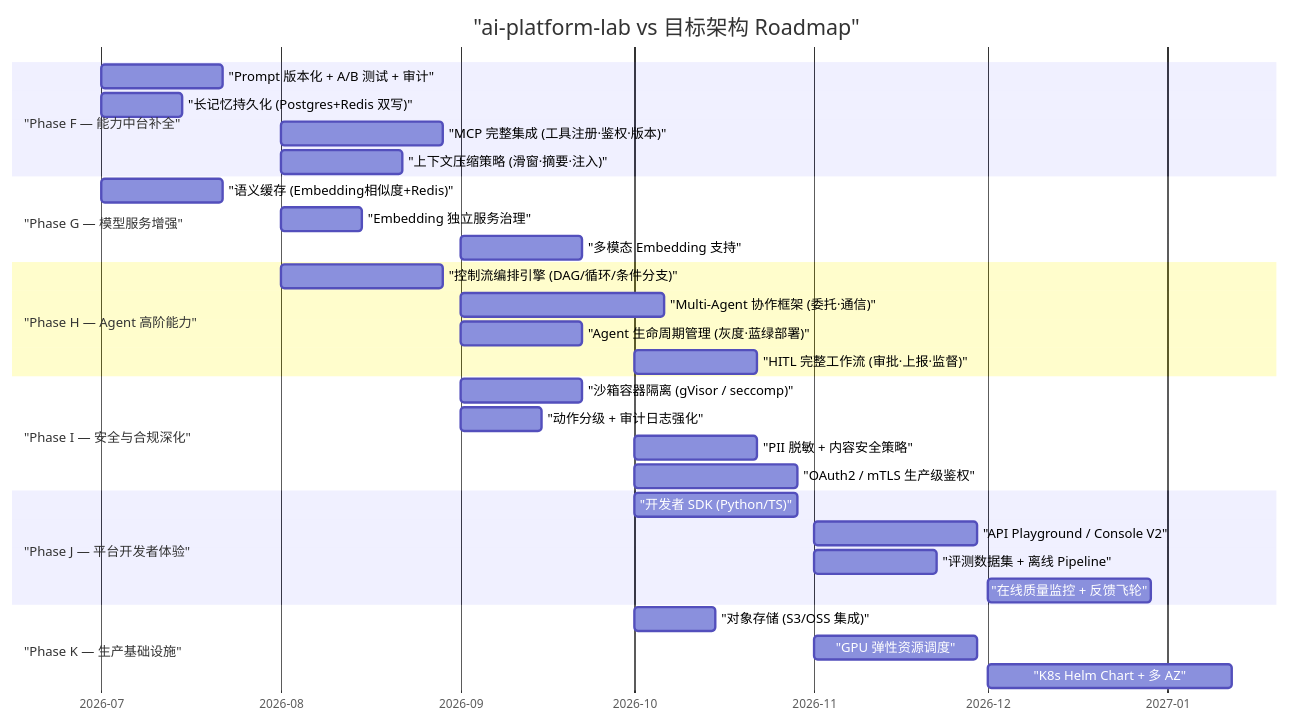
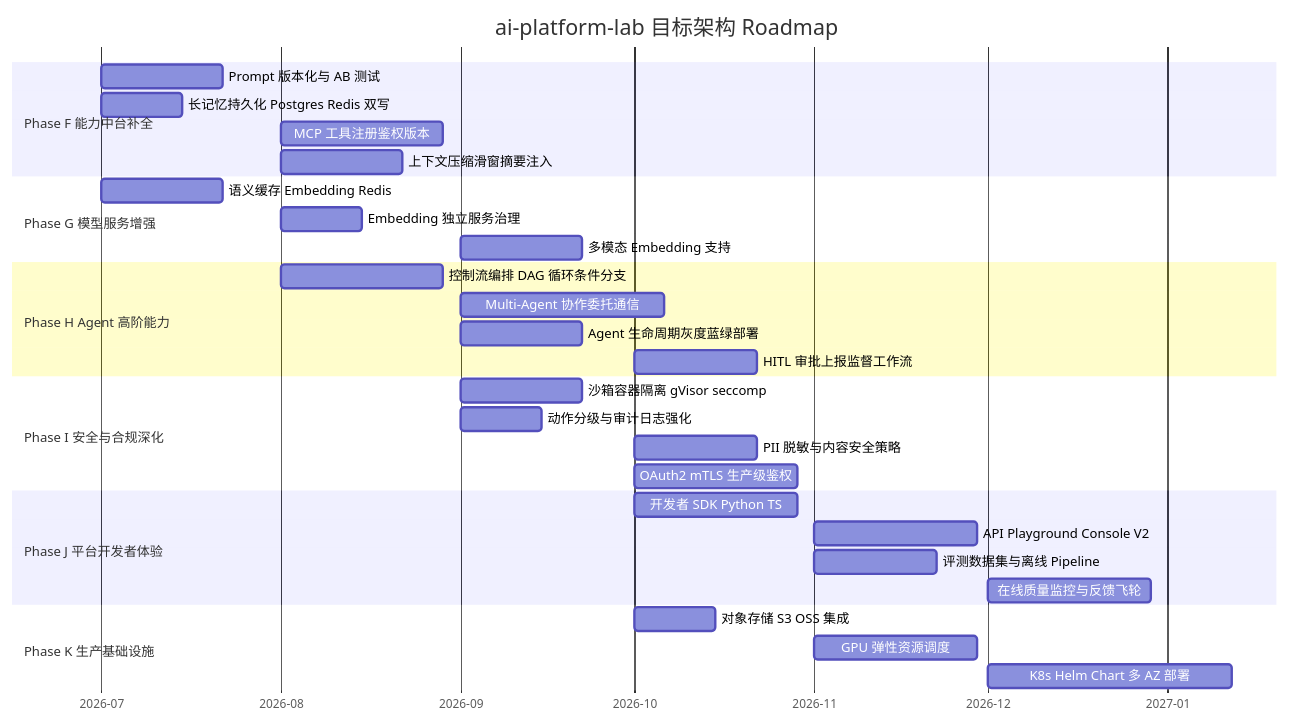
Before and after one commit to xingyun0812/ai-platform-lab: the diagram in docs/roadmap-gantt.md, drawn with Mermaid. The commit also changed 46 other files, not shown here.

First line of the commit message:
docs: add Phase A–K build-and-code guides and fix Mermaid diagrams

````diff
--- a/docs/roadmap-gantt.md
+++ b/docs/roadmap-gantt.md
@@ -5,40 +5,40 @@
 ```mermaid
 gantt
-    title "ai-platform-lab vs 目标架构 Roadmap"
-    dateFormat  YYYY-MM
-    axisFormat  %Y-%m
+    title ai-platform-lab 目标架构 Roadmap
+    dateFormat YYYY-MM-DD
+    axisFormat %Y-%m
 
-    section "Phase F — 能力中台补全"
-    "Prompt 版本化 + A/B 测试 + 审计"     :f1, 2026-07, 3w
-    "长记忆持久化 (Postgres+Redis 双写)"  :f2, 2026-07, 2w
-    "MCP 完整集成 (工具注册·鉴权·版本)"   :f3, 2026-08, 4w
-    "上下文压缩策略 (滑窗·摘要·注入)"     :f4, 2026-08, 3w
+    section Phase F 能力中台补全
+    Prompt 版本化与 AB 测试           :f1, 2026-07-01, 21d
+    长记忆持久化 Postgres Redis 双写  :f2, 2026-07-01, 14d
+    MCP 工具注册鉴权版本              :f3, 2026-08-01, 28d
+    上下文压缩滑窗摘要注入            :f4, 2026-08-01, 21d
 
-    section "Phase G — 模型服务增强"
-    "语义缓存 (Embedding相似度+Redis)"    :g1, 2026-07, 3w
-    "Embedding 独立服务治理"              :g2, 2026-08, 2w
-    "多模态 Embedding 支持"               :g3, 2026-09, 3w
+    section Phase G 模型服务增强
+    语义缓存 Embedding Redis          :g1, 2026-07-01, 21d
+    Embedding 独立服务治理            :g2, 2026-08-01, 14d
+    多模态 Embedding 支持             :g3, 2026-09-01, 21d
 
-    section "Phase H — Agent 高阶能力"
-    "控制流编排引擎 (DAG/循环/条件分支)"  :h1, 2026-08, 4w
-    "Multi-Agent 协作框架 (委托·通信)"   :h2, 2026-09, 5w
-    "Agent 生命周期管理 (灰度·蓝绿部署)"  :h3, 2026-09, 3w
-    "HITL 完整工作流 (审批·上报·监督)"   :h4, 2026-10, 3w
+    section Phase H Agent 高阶能力
+    控制流编排 DAG 循环条件分支       :h1, 2026-08-01, 28d
+    Multi-Agent 协作委托通信          :h2, 2026-09-01, 35d
+    Agent 生命周期灰度蓝绿部署        :h3, 2026-09-01, 21d
+    HITL 审批上报监督工作流           :h4, 2026-10-01, 21d
 
-    section "Phase I — 安全与合规深化"
-    "沙箱容器隔离 (gVisor / seccomp)"    :i1, 2026-09, 3w
-    "动作分级 + 审计日志强化"             :i2, 2026-09, 2w
-    "PII 脱敏 + 内容安全策略"             :i3, 2026-10, 3w
-    "OAuth2 / mTLS 生产级鉴权"           :i4, 2026-10, 4w
+    section Phase I 安全与合规深化
+    沙箱容器隔离 gVisor seccomp       :i1, 2026-09-01, 21d
+    动作分级与审计日志强化            :i2, 2026-09-01, 14d
+    PII 脱敏与内容安全策略            :i3, 2026-10-01, 21d
+    OAuth2 mTLS 生产级鉴权            :i4, 2026-10-01, 28d
 
-    section "Phase J — 平台开发者体验"
-    "开发者 SDK (Python/TS)"             :j1, 2026-10, 4w
-    "API Playground / Console V2"        :j2, 2026-11, 4w
-    "评测数据集 + 离线 Pipeline"           :j3, 2026-11, 3w
-    "在线质量监控 + 反馈飞轮"             :j4, 2026-12, 4w
+    section Phase J 平台开发者体验
+    开发者 SDK Python TS              :j1, 2026-10-01, 28d
+    API Playground Console V2         :j2, 2026-11-01, 28d
+    评测数据集与离线 Pipeline           :j3, 2026-11-01, 21d
+    在线质量监控与反馈飞轮            :j4, 2026-12-01, 28d
 
-    section "Phase K — 生产基础设施"
-    "对象存储 (S3/OSS 集成)"              :k1, 2026-10, 2w
-    "GPU 弹性资源调度"                    :k2, 2026-11, 4w
-    "K8s Helm Chart + 多 AZ"             :k3, 2026-12, 6w
+    section Phase K 生产基础设施
+    对象存储 S3 OSS 集成              :k1, 2026-10-01, 14d
+    GPU 弹性资源调度                  :k2, 2026-11-01, 28d
+    K8s Helm Chart 多 AZ 部署         :k3, 2026-12-01, 42d
 ```
````
